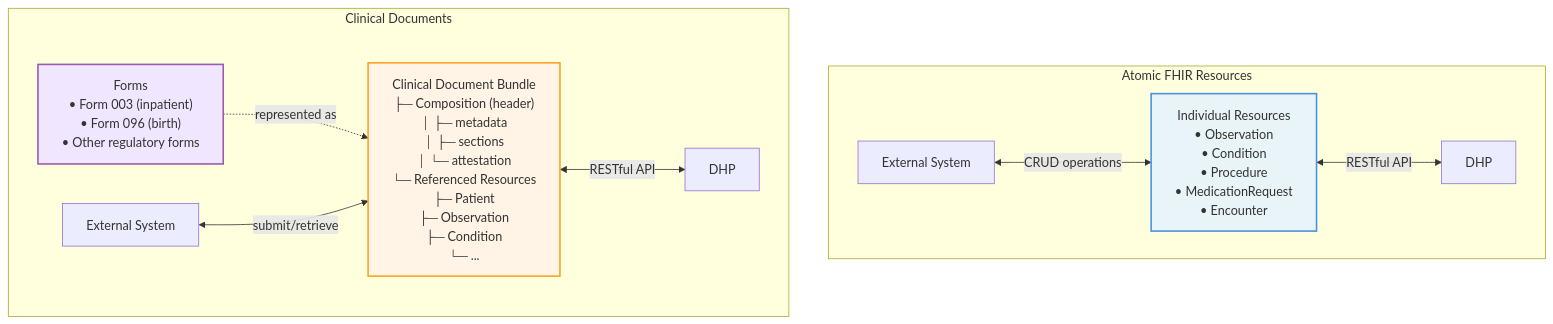
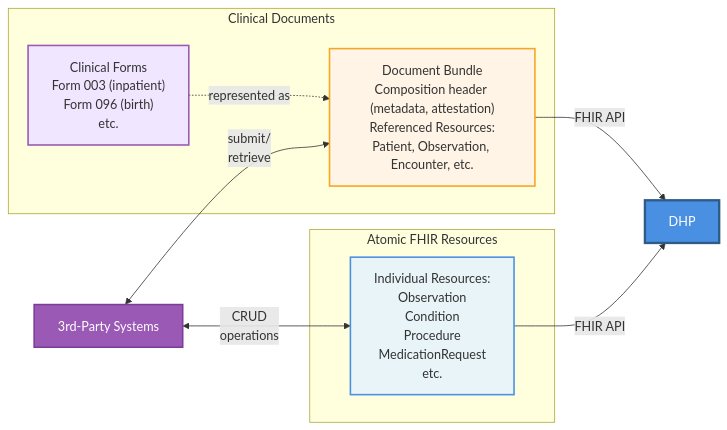
One commit to vadi2/DHP-integrations-temp changed the second of 2 diagrams in input/pagecontent/index.md. Above: the diagram before and after it, drawn with Mermaid. The commit also changed other lines of this file, not shown here.

Commit message:
Add text + diagram on data exchange approaches

````diff
--- a/input/pagecontent/index.md
+++ b/input/pagecontent/index.md
@@ -81,26 +81,28 @@
 ```mermaid
-graph TB
-    subgraph "Atomic FHIR Resources"
-        External1["External System"]
-        DHP1["DHP"]
-        Resources["Individual Resources<br/>• Observation<br/>• Condition<br/>• Procedure<br/>• MedicationRequest<br/>• Encounter"]
+graph LR
+    External["3rd-Party Systems"]
 
-        External1 <-->|"CRUD operations"| Resources
-        Resources <-->|"RESTful API"| DHP1
+    subgraph Approach1["Atomic FHIR Resources"]
+        Resources["Individual Resources:<br/>Observation<br/>Condition<br/>Procedure<br/>MedicationRequest<br/>etc."]
     end
 
-    subgraph "Clinical Documents"
-        External2["External System"]
-        DHP2["DHP"]
-        Document["Clinical Document Bundle<br/>├─ Composition (header)<br/>│  ├─ metadata<br/>│  ├─ sections<br/>│  └─ attestation<br/>└─ Referenced Resources<br/>   ├─ Patient<br/>   ├─ Observation<br/>   ├─ Condition<br/>   └─ ..."]
-        Forms["Forms<br/>• Form 003 (inpatient)<br/>• Form 096 (birth)<br/>• Other regulatory forms"]
-
+    subgraph Approach2["Clinical Documents"]
+        Forms["Clinical Forms<br/>Form 003 (inpatient)<br/>Form 096 (birth)<br/>etc."]
+        Document["Document Bundle<br/>Composition header (metadata, attestation)<br/>Referenced Resources:<br/>Patient, Observation, Encounter, etc."]
         Forms -.->|"represented as"| Document
-        External2 <-->|"submit/retrieve"| Document
-        Document <-->|"RESTful API"| DHP2
     end
 
+    DHP["DHP"]
+
+    External <-->|"CRUD<br/>operations"| Resources
+    External <-->|"submit/<br/>retrieve"| Document
+
+    Resources -->|"FHIR API"| DHP
+    Document -->|"FHIR API"| DHP
+
+    style External fill:#9B59B6,stroke:#7D3C98,stroke-width:2px,color:#fff
     style Resources fill:#E8F4F8,stroke:#4A90E2,stroke-width:2px
+    style Forms fill:#F0E6FF,stroke:#9B59B6,stroke-width:2px
     style Document fill:#FFF4E6,stroke:#F5A623,stroke-width:2px
-    style Forms fill:#F0E6FF,stroke:#9B59B6,stroke-width:2px
+    style DHP fill:#4A90E2,stroke:#2E5C8A,stroke-width:3px,color:#fff
 ```
````
